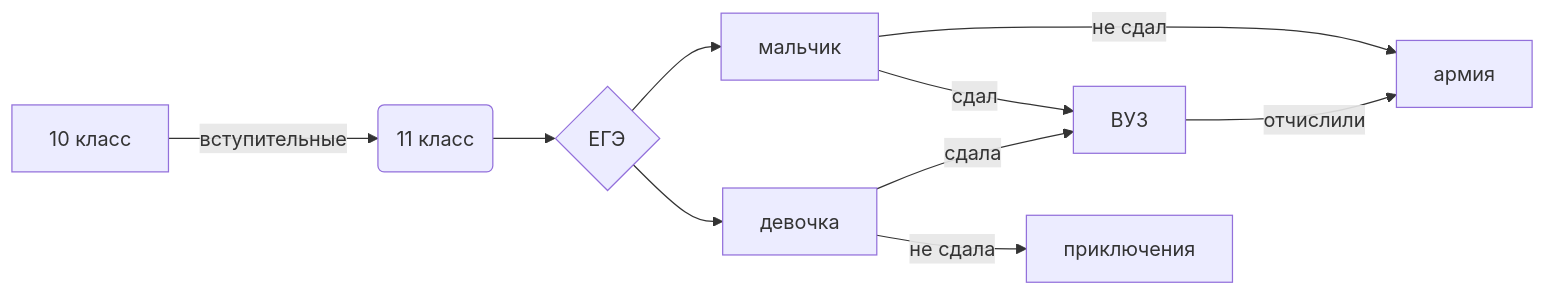
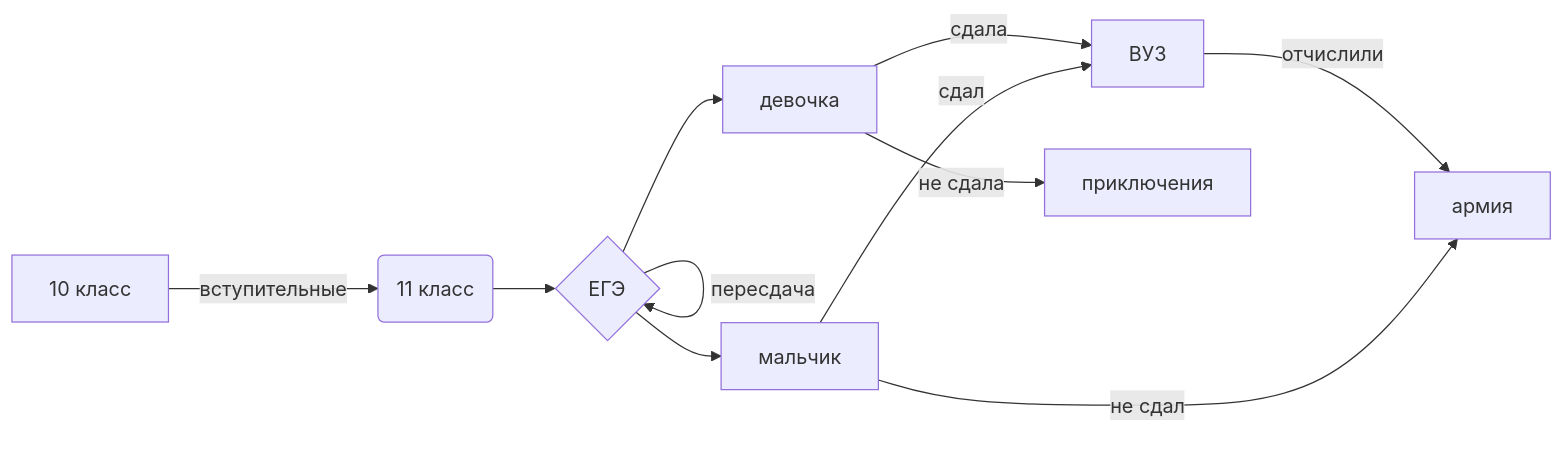
The diagram in README.md (HaterYuumi/-051), drawn with Mermaid before and after one commit.

````diff
--- a/README.md
+++ b/README.md
@@ -23,13 +23,14 @@
 ```mermaid
 flowchart LR
 
 A[10 класс] -->|вступительные| B(11 класс)
 B --> C{ЕГЭ}
+C -->|пересдача| C
 C --> D[мальчик]
 C --> E[девочка]
 D --> |не сдал| F[армия]
 D --> |сдал| G[ВУЗ]
 G -->|отчислили| F
 E --> |сдалa| G
 E --> |не сдала| H[приключения]
 ```
````
